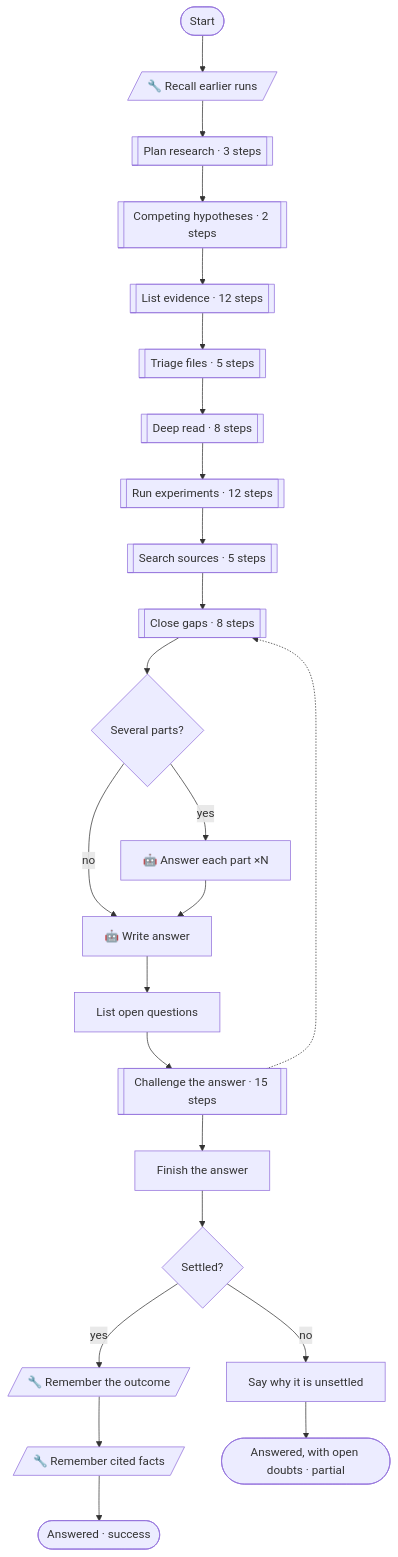
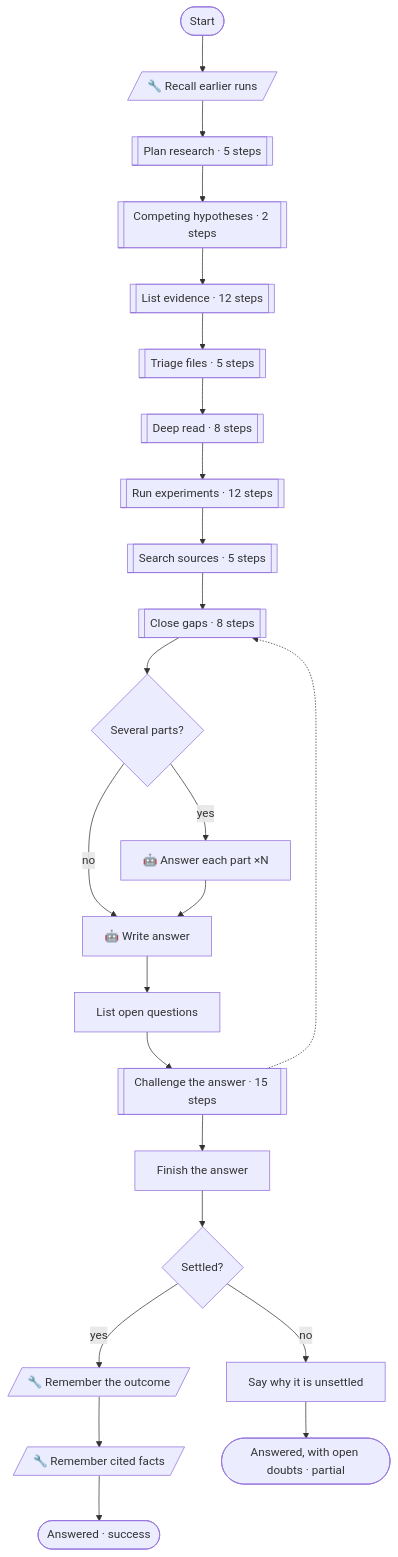
Before and after one commit to pirty6/symphony-core: the first of 7 diagrams in docs/patterns.md, drawn with Mermaid. The commit also changed other lines of this file and 10 other files, not shown here.

````diff
--- a/docs/patterns.md
+++ b/docs/patterns.md
@@ -64,48 +68,48 @@
 ```mermaid
 flowchart TD
   n_start(["Start"])
   n_recall[/"🔧 Recall earlier runs"/]
   n_multiPart{"Several parts?"}
   n_answerParts["🤖 Answer each part ×N"]
   n_answer["🤖 Write answer"]
   n_listOpen["List open questions"]
   n_attachParts["Finish the answer"]
   n_settled{"Settled?"}
   n_noteDoubts["Say why it is unsettled"]
   n_learnAnswer[/"🔧 Remember the outcome"/]
   n_rememberCited[/"🔧 Remember cited facts"/]
   n_done(["Answered · success"])
   n_doubts(["Answered, with open doubts · partial"])
-  n_planPhase[["Plan research · 3 steps"]]
+  n_planPhase[["Plan research · 5 steps"]]
   n_hypothesesPhase[["Competing hypotheses · 2 steps"]]
   n_listPhase[["List evidence · 12 steps"]]
   n_triagePhase[["Triage files · 5 steps"]]
   n_deepPhase[["Deep read · 8 steps"]]
   n_experimentPhase[["Run experiments · 12 steps"]]
   n_sourcePhase[["Search sources · 5 steps"]]
   n_gapPhase[["Close gaps · 8 steps"]]
   n_challengePhase[["Challenge the answer · 15 steps"]]
   n_start --> n_recall
   n_recall --> n_planPhase
   n_planPhase --> n_hypothesesPhase
   n_hypothesesPhase --> n_listPhase
   n_listPhase --> n_triagePhase
   n_triagePhase --> n_deepPhase
   n_deepPhase --> n_experimentPhase
   n_experimentPhase --> n_sourcePhase
   n_sourcePhase --> n_gapPhase
   n_gapPhase --> n_multiPart
   n_multiPart -->|"yes"| n_answerParts
   n_multiPart -->|"no"| n_answer
   n_answerParts --> n_answer
   n_answer --> n_listOpen
   n_listOpen --> n_challengePhase
   n_challengePhase --> n_attachParts
   n_challengePhase -.-> n_gapPhase
   n_attachParts --> n_settled
   n_settled -->|"yes"| n_learnAnswer
   n_settled -->|"no"| n_noteDoubts
   n_learnAnswer --> n_rememberCited
   n_rememberCited --> n_done
   n_noteDoubts --> n_doubts
 ```
````
